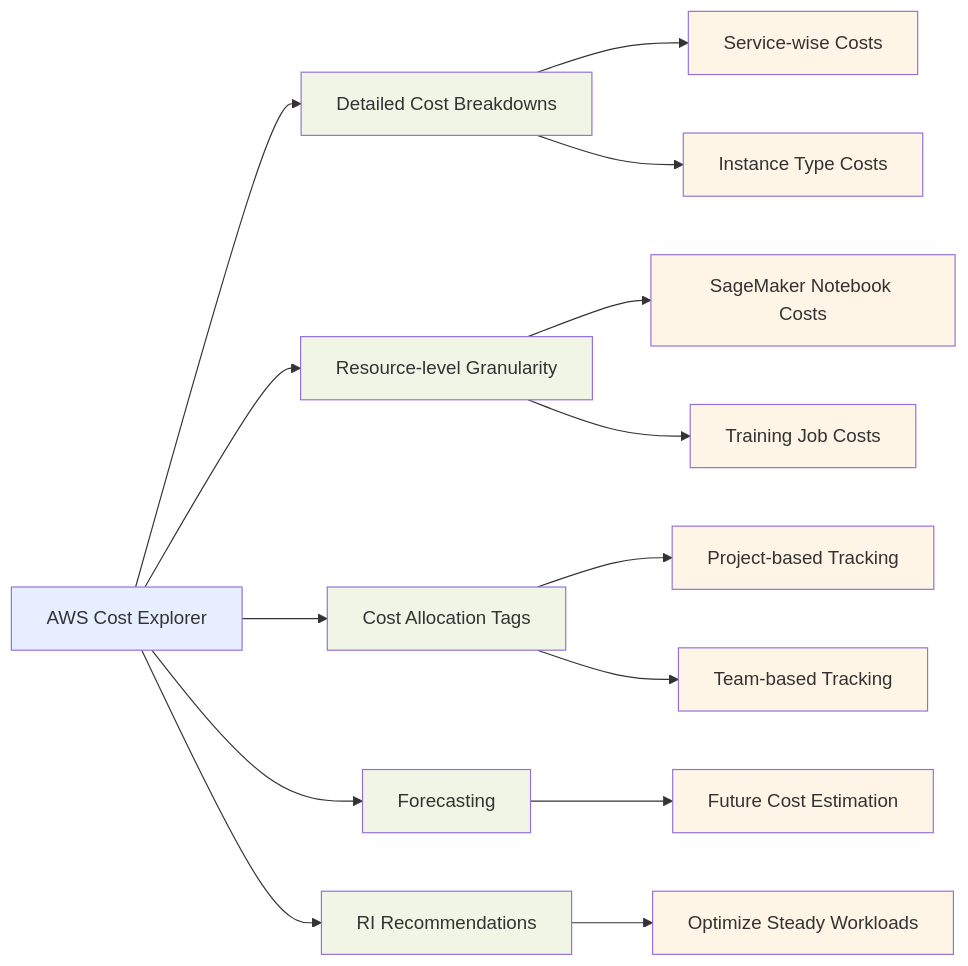
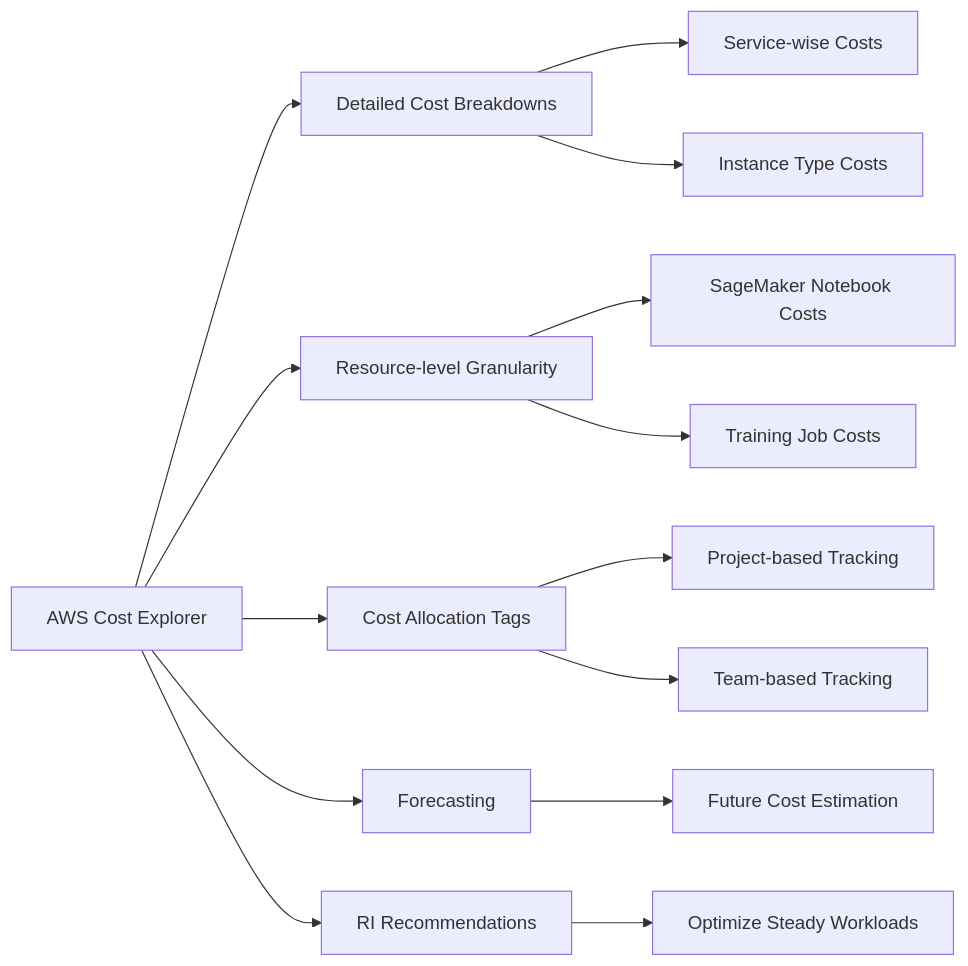
Before and after one commit to CloudCityPress/aws-aif-c01: the fourth of 5 diagrams in english/60_20_AWS Pricing and Cost Optimization for AI.md, drawn with Mermaid. The commit also changed other lines of this file and 16 other files, not shown here.

Commit message:
updating Mermaids

````diff
--- a/english/60_20_AWS Pricing and Cost Optimization for AI.md
+++ b/english/60_20_AWS Pricing and Cost Optimization for AI.md
@@ -214,30 +182,16 @@
 ```mermaid
 flowchart LR
     A[AWS Cost Explorer] --> B[Detailed Cost Breakdowns]
     A --> C[Resource-level Granularity]
     A --> D[Cost Allocation Tags]
     A --> E[Forecasting]
     A --> F[RI Recommendations]
     B --> G[Service-wise Costs]
     B --> H[Instance Type Costs]
     C --> I[SageMaker Notebook Costs]
     C --> J[Training Job Costs]
     D --> K[Project-based Tracking]
     D --> L[Team-based Tracking]
     E --> M[Future Cost Estimation]
     F --> N[Optimize Steady Workloads]
-    style A fill:#e6eeff
-    style B fill:#f0f5e6
-    style C fill:#f0f5e6
-    style D fill:#f0f5e6
-    style E fill:#f0f5e6
-    style F fill:#f0f5e6
-    style G fill:#fff5e6
-    style H fill:#fff5e6
-    style I fill:#fff5e6
-    style J fill:#fff5e6
-    style K fill:#fff5e6
-    style L fill:#fff5e6
-    style M fill:#fff5e6
-    style N fill:#fff5e6
 ```
````
